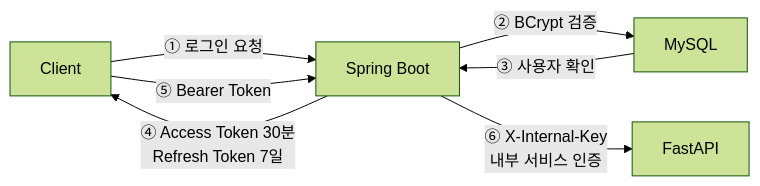
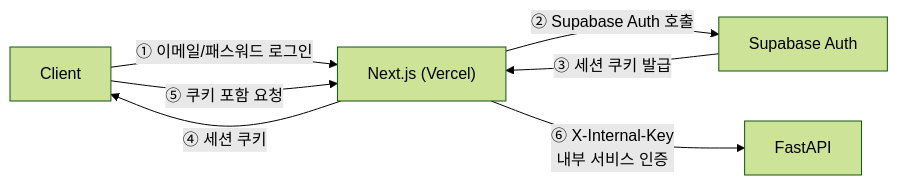
The fourth of 4 diagrams in docs/TECH_STACK.md (sammy0329/finsight-ai-agent), drawn with Mermaid (forest theme) before and after one commit. The commit also changed other lines of this file and 4 other files, not shown here.

First line of the commit message:
docs: Spring Boot → Next.js + Supabase 아키텍처 전환 반영

````diff
--- a/docs/TECH_STACK.md
+++ b/docs/TECH_STACK.md
@@ -249,9 +293,9 @@
 ```mermaid
 flowchart LR
-    Client -->|"① 로그인 요청"| SB["Spring Boot"]
-    SB -->|"② BCrypt 검증"| MySQL
-    MySQL -->|"③ 사용자 확인"| SB
-    SB -->|"④ Access Token 30분\nRefresh Token 7일"| Client
-    Client -->|"⑤ Bearer Token"| SB
-    SB -->|"⑥ X-Internal-Key\n내부 서비스 인증"| FA["FastAPI"]
+    Client -->|"① 이메일/패스워드 로그인"| NX["Next.js (Vercel)"]
+    NX -->|"② Supabase Auth 호출"| SA["Supabase Auth"]
+    SA -->|"③ 세션 쿠키 발급"| NX
+    NX -->|"④ 세션 쿠키"| Client
+    Client -->|"⑤ 쿠키 포함 요청"| NX
+    NX -->|"⑥ X-Internal-Key\n내부 서비스 인증"| FA["FastAPI"]
 ```
````
